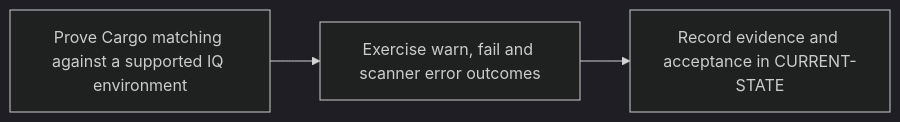
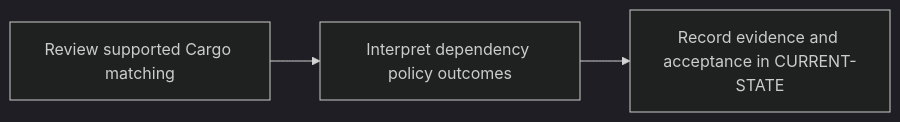
One commit to cdcdd15/git-runners-rust changed the diagram in docs/roadmap/P9.md. Above: the diagram before and after it, drawn with Mermaid (dark theme). The commit also changed other lines of this file and 22 other files, not shown here.

Commit message:
docs: complete P0 and adopt a knowledge-first roadmap

````diff
--- a/docs/roadmap/P9.md
+++ b/docs/roadmap/P9.md
@@ -9,5 +9,5 @@
 ```mermaid
 flowchart LR
-    Input["Prove Cargo matching against a supported IQ environment"] --> Validation["Exercise warn, fail and scanner error outcomes"]
+    Input["Review supported Cargo matching"] --> Validation["Interpret dependency policy outcomes"]
     Validation --> Evidence["Record evidence and acceptance in CURRENT-STATE"]
 ```
````
